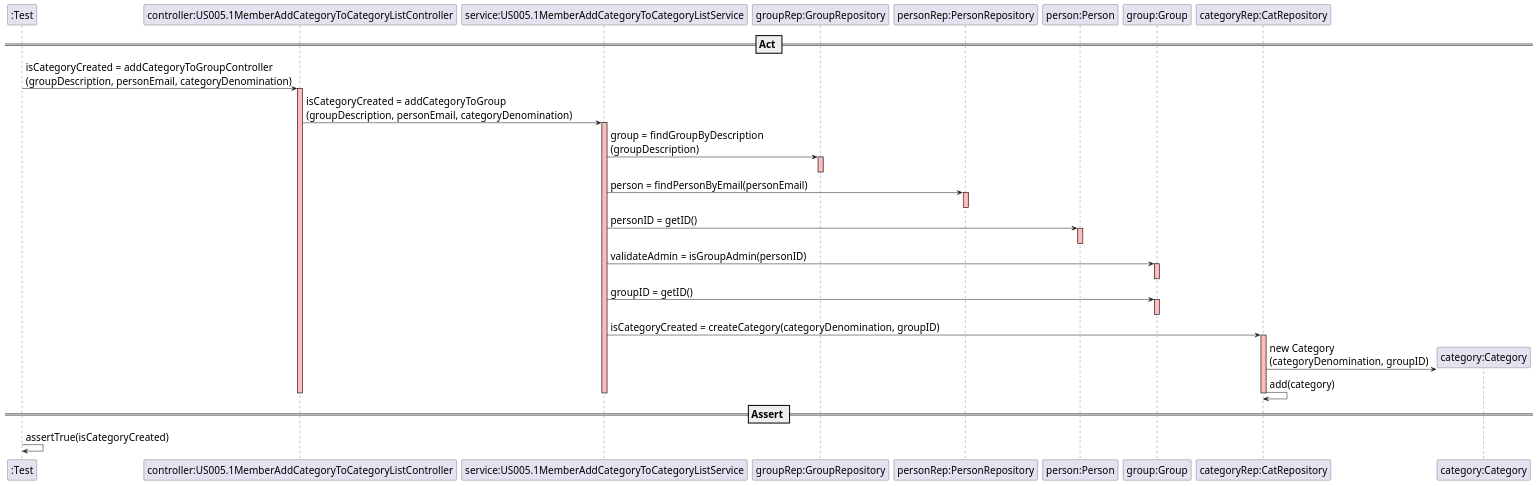
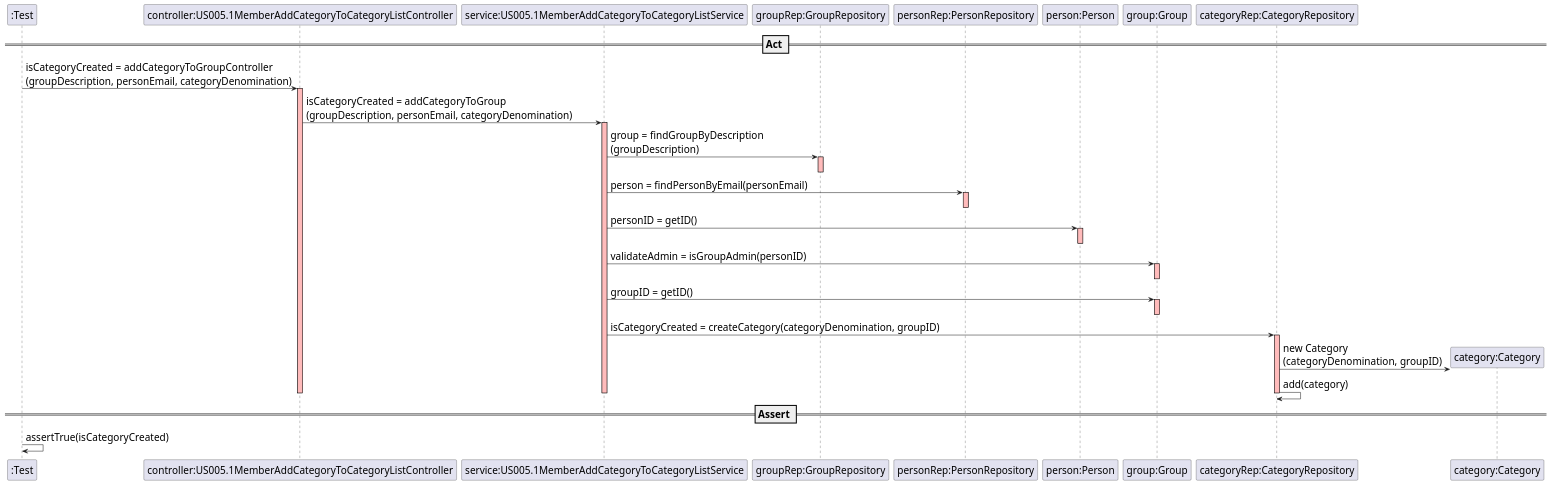
One commit to mleitaoribeiro/DevOpsMaven changed the diagram in src/main/java/switch2019/project/controllers/US005_1AdminAddsCategorySD.puml. Above: the diagram before and after it, drawn with PlantUML. The commit also changed 1 other file, not shown here.

```diff
--- a/src/main/java/switch2019/project/controllers/US005_1AdminAddsCategorySD.puml
+++ b/src/main/java/switch2019/project/controllers/US005_1AdminAddsCategorySD.puml
@@ -1,49 +1,49 @@
 @startuml
 skinparam DefaultFontSize 20
 
 participant ":Test"
 
 participant "controller:US005.1MemberAddCategoryToCategoryListController"
 
 == Act ==
 ":Test" -> "controller:US005.1MemberAddCategoryToCategoryListController" :isCategoryCreated = addCategoryToGroupController\n(groupDescription, personEmail, categoryDenomination)
 activate "controller:US005.1MemberAddCategoryToCategoryListController" #FFBBBB
 
 "controller:US005.1MemberAddCategoryToCategoryListController"-> "service:US005.1MemberAddCategoryToCategoryListService":isCategoryCreated = addCategoryToGroup\n(groupDescription, personEmail, categoryDenomination)
 activate "service:US005.1MemberAddCategoryToCategoryListService" #FFBBBB
 
 "service:US005.1MemberAddCategoryToCategoryListService"->"groupRep:GroupRepository":group = findGroupByDescription\n(groupDescription)
 activate "groupRep:GroupRepository" #FFBBBB
 deactivate "groupRep:GroupRepository"
 
 "service:US005.1MemberAddCategoryToCategoryListService"->"personRep:PersonRepository": person = findPersonByEmail(personEmail)
 activate "personRep:PersonRepository" #FFBBBB
 deactivate "personRep:PersonRepository"
 
 "service:US005.1MemberAddCategoryToCategoryListService"->"person:Person": personID = getID()
 activate "person:Person" #FFBBBB
 deactivate "person:Person"
 
 "service:US005.1MemberAddCategoryToCategoryListService"->"group:Group": validateAdmin = isGroupAdmin(personID)
 activate "group:Group" #FFBBBB
 deactivate "group:Group"
 
 "service:US005.1MemberAddCategoryToCategoryListService"->"group:Group": groupID = getID()
 activate "group:Group" #FFBBBB
 deactivate "group:Group"
 
-"service:US005.1MemberAddCategoryToCategoryListService"->"categoryRep:CatRepository":isCategoryCreated = createCategory(categoryDenomination, groupID)
-activate "categoryRep:CatRepository" #FFBBBB
+"service:US005.1MemberAddCategoryToCategoryListService"->"categoryRep:CategoryRepository":isCategoryCreated = createCategory(categoryDenomination, groupID)
+activate "categoryRep:CategoryRepository" #FFBBBB
 
 create "category:Category"
-"categoryRep:CatRepository"->"category:Category":new Category\n(categoryDenomination, groupID)
-"categoryRep:CatRepository"->"categoryRep:CatRepository": add(category)
+"categoryRep:CategoryRepository"->"category:Category":new Category\n(categoryDenomination, groupID)
+"categoryRep:CategoryRepository"->"categoryRep:CategoryRepository": add(category)
 
-deactivate "categoryRep:CatRepository"
+deactivate "categoryRep:CategoryRepository"
 deactivate "service:US005.1MemberAddCategoryToCategoryListService"
 deactivate "controller:US005.1MemberAddCategoryToCategoryListController"
 
 
 == Assert ==
 ":Test" -> ":Test" : assertTrue(isCategoryCreated)
 @enduml
```
